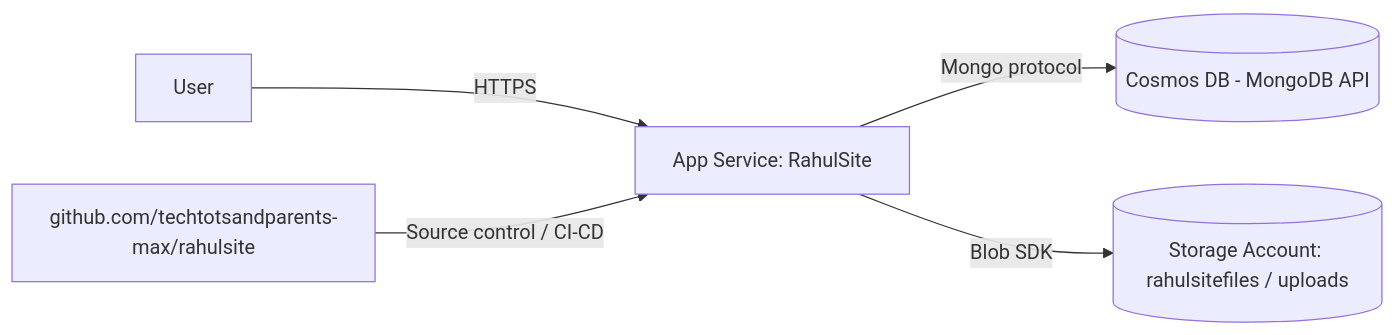
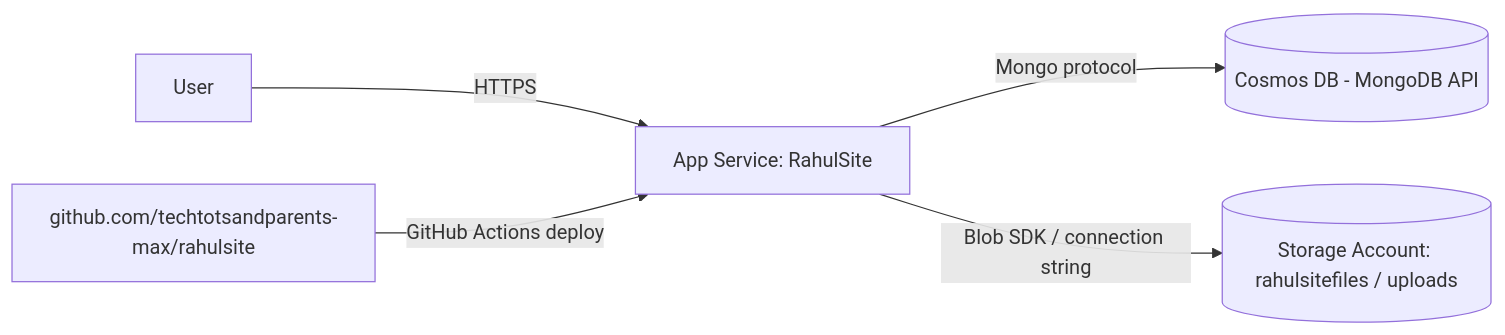
Before and after one commit to techtotsandparents-max/rahulsite: the second of 2 diagrams in infra.md, drawn with Mermaid. The commit also changed other lines of this file and 11 other files, not shown here.

````diff
--- a/infra.md
+++ b/infra.md
@@ -131,7 +230,7 @@
 ```mermaid
 flowchart LR
     User -->|HTTPS| WebApp[App Service: RahulSite]
     WebApp -->|Mongo protocol| Cosmos[(Cosmos DB - MongoDB API)]
-    WebApp -->|Blob SDK| Storage[(Storage Account: rahulsitefiles / uploads)]
-    GitHub[github.com/techtotsandparents-max/rahulsite] -->|Source control / CI-CD| WebApp
+    WebApp -->|Blob SDK / connection string| Storage[(Storage Account: rahulsitefiles / uploads)]
+    GitHub[github.com/techtotsandparents-max/rahulsite] -->|GitHub Actions deploy| WebApp
 ```
````
